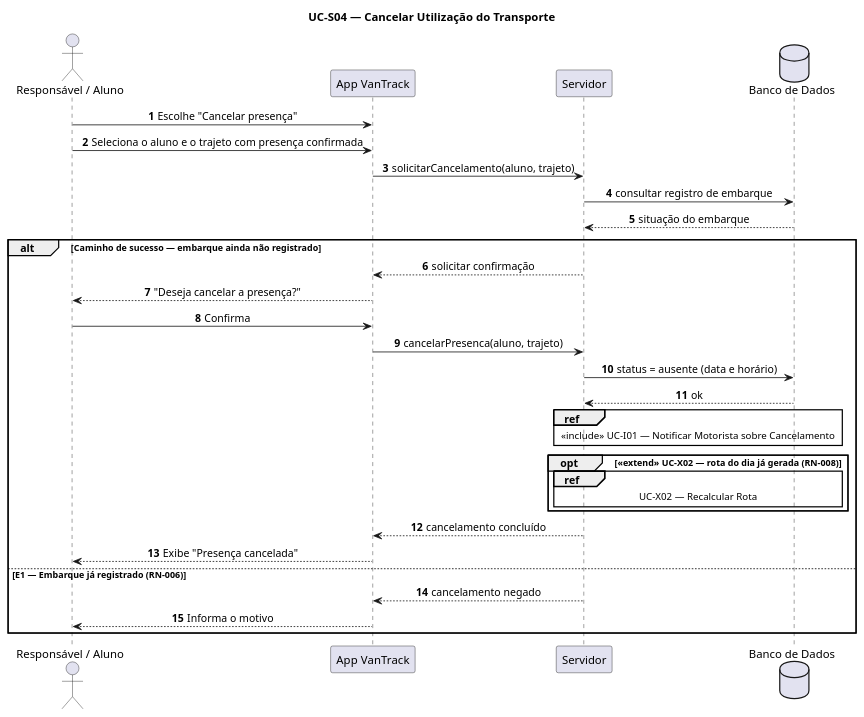
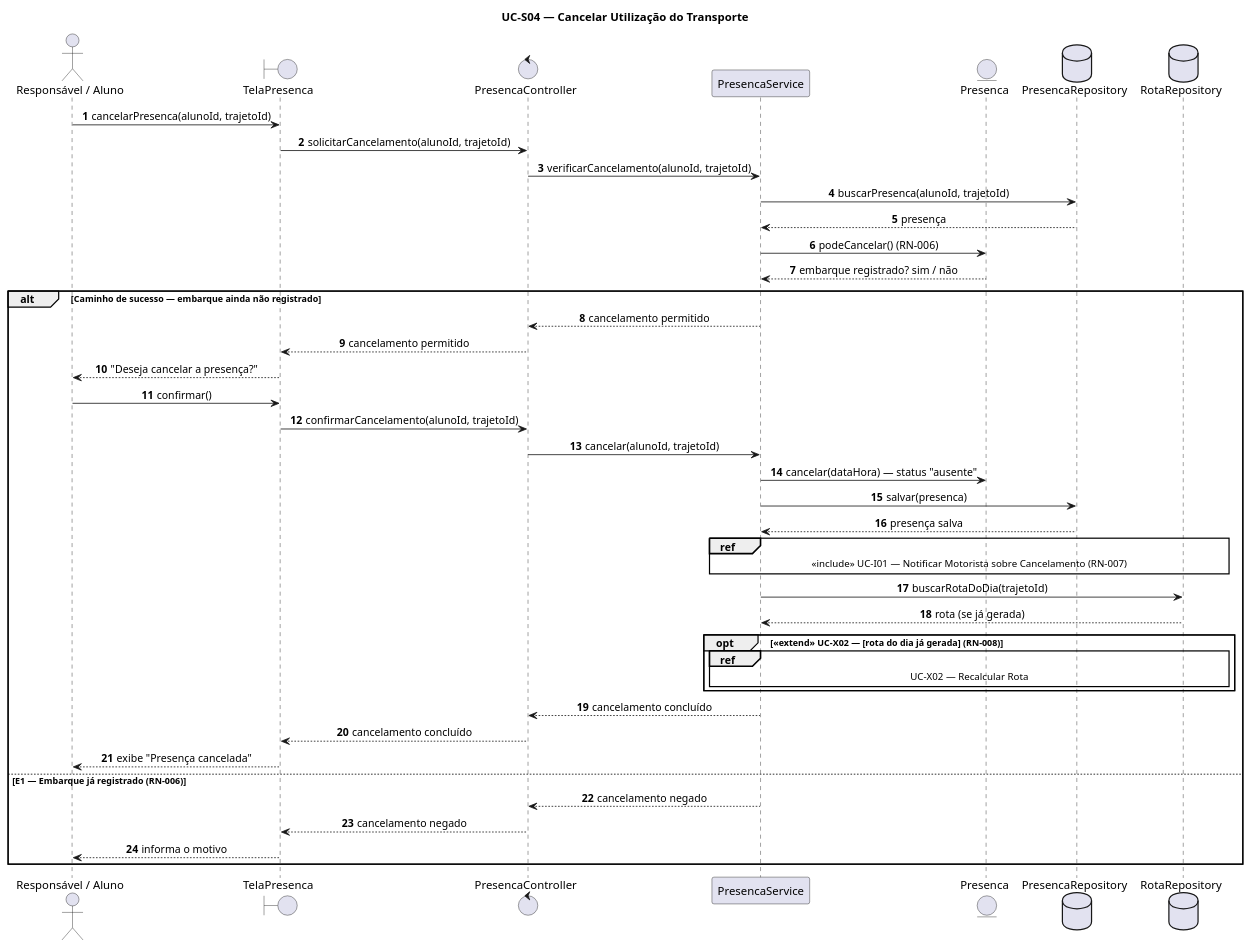
Before and after one commit to luisgustavoribeirodefreitas/VanTrack: the diagram in documentos/atividade-04/scripts/UC-S04.puml, drawn with PlantUML. The commit also changed 63 other files, not shown here.

```diff
--- a/documentos/atividade-04/scripts/UC-S04.puml
+++ b/documentos/atividade-04/scripts/UC-S04.puml
@@ -1,37 +1,50 @@
 @startuml UC-S04
 title UC-S04 — Cancelar Utilização do Transporte
 skinparam sequenceMessageAlign center
+skinparam responseMessageBelowArrow true
 autonumber
 
 actor "Responsável / Aluno" as U
-participant "App VanTrack" as App
-participant "Servidor" as API
-database "Banco de Dados" as DB
+boundary "TelaPresenca" as T
+control "PresencaController" as C
+participant "PresencaService" as S
+entity "Presenca" as P
+database "PresencaRepository" as PRepo
+database "RotaRepository" as RRepo
 
-U -> App : Escolhe "Cancelar presença"
-U -> App : Seleciona o aluno e o trajeto com presença confirmada
-App -> API : solicitarCancelamento(aluno, trajeto)
-API -> DB : consultar registro de embarque
-DB --> API : situação do embarque
+U -> T : cancelarPresenca(alunoId, trajetoId)
+T -> C : solicitarCancelamento(alunoId, trajetoId)
+C -> S : verificarCancelamento(alunoId, trajetoId)
+S -> PRepo : buscarPresenca(alunoId, trajetoId)
+PRepo --> S : presença
+S -> P : podeCancelar() (RN-006)
+P --> S : embarque registrado? sim / não
 
 alt Caminho de sucesso — embarque ainda não registrado
-    API --> App : solicitar confirmação
-    App --> U : "Deseja cancelar a presença?"
-    U -> App : Confirma
-    App -> API : cancelarPresenca(aluno, trajeto)
-    API -> DB : status = ausente (data e horário)
-    DB --> API : ok
+    S --> C : cancelamento permitido
+    C --> T : cancelamento permitido
+    T --> U : "Deseja cancelar a presença?"
+    U -> T : confirmar()
+    T -> C : confirmarCancelamento(alunoId, trajetoId)
+    C -> S : cancelar(alunoId, trajetoId)
+    S -> P : cancelar(dataHora) — status "ausente"
+    S -> PRepo : salvar(presenca)
+    PRepo --> S : presença salva
 
-    ref over API, DB : «include» UC-I01 — Notificar Motorista sobre Cancelamento
+    ref over S, RRepo : «include» UC-I01 — Notificar Motorista sobre Cancelamento (RN-007)
 
-    opt «extend» UC-X02 — rota do dia já gerada (RN-008)
-        ref over API, DB : UC-X02 — Recalcular Rota
+    S -> RRepo : buscarRotaDoDia(trajetoId)
+    RRepo --> S : rota (se já gerada)
+    opt «extend» UC-X02 — [rota do dia já gerada] (RN-008)
+        ref over S, RRepo : UC-X02 — Recalcular Rota
     end
 
-    API --> App : cancelamento concluído
-    App --> U : Exibe "Presença cancelada"
+    S --> C : cancelamento concluído
+    C --> T : cancelamento concluído
+    T --> U : exibe "Presença cancelada"
 else E1 — Embarque já registrado (RN-006)
-    API --> App : cancelamento negado
-    App --> U : Informa o motivo
+    S --> C : cancelamento negado
+    C --> T : cancelamento negado
+    T --> U : informa o motivo
 end
 @enduml
```
